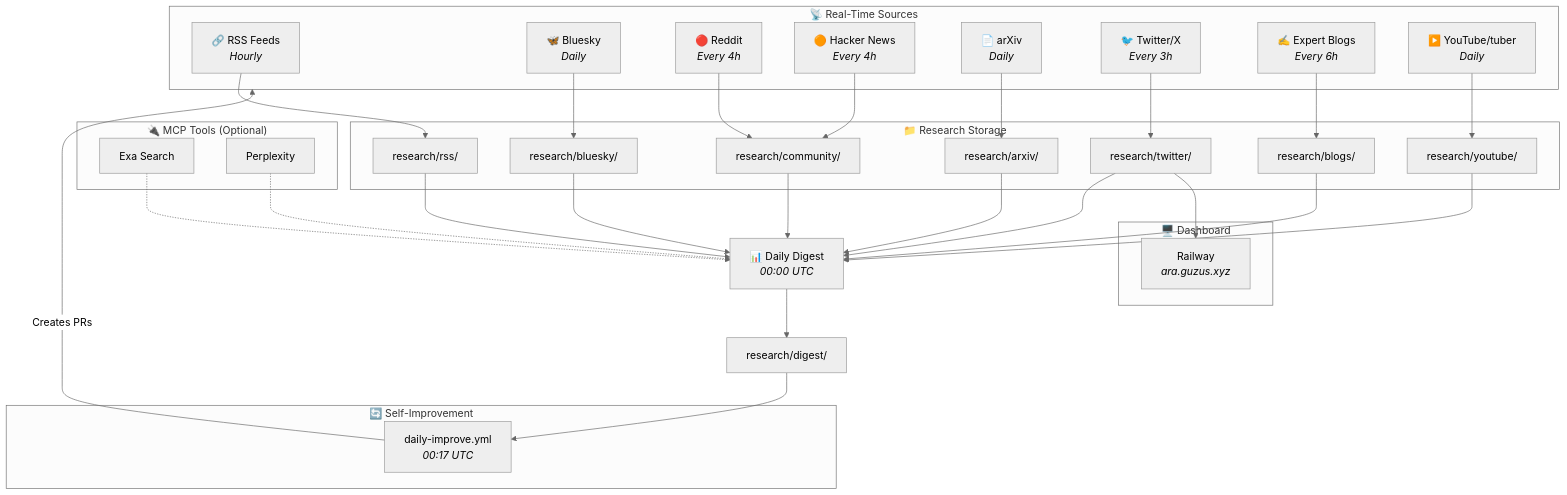
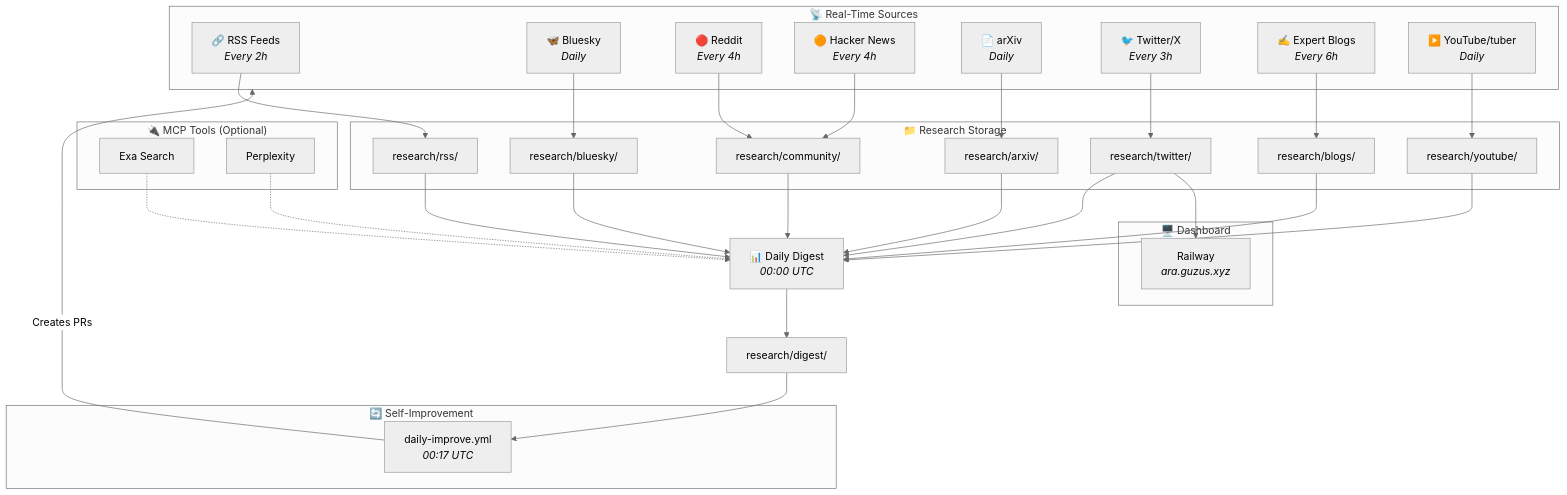
Before and after one commit to guzus/ai-research-arm: the first of 2 diagrams in README.md, drawn with Mermaid (neutral theme). The commit also changed other lines of this file and 6 other files, not shown here.

````diff
--- a/README.md
+++ b/README.md
@@ -44,64 +44,64 @@
 ```mermaid
 flowchart TB
     subgraph sources["📡 Real-Time Sources"]
-        RSS["🔗 RSS Feeds<br/><i>Hourly</i>"]
+        RSS["🔗 RSS Feeds<br/><i>Every 2h</i>"]
         Bluesky["🦋 Bluesky<br/><i>Daily</i>"]
         Reddit["🔴 Reddit<br/><i>Every 4h</i>"]
         HN["🟠 Hacker News<br/><i>Every 4h</i>"]
         arXiv["📄 arXiv<br/><i>Daily</i>"]
         Twitter["🐦 Twitter/X<br/><i>Every 3h</i>"]
         Blogs["✍️ Expert Blogs<br/><i>Every 6h</i>"]
         YouTube["▶️ YouTube/tuber<br/><i>Daily</i>"]
     end
 
     subgraph mcp["🔌 MCP Tools (Optional)"]
         Exa["Exa Search"]
         Perplexity["Perplexity"]
     end
 
     subgraph storage["📁 Research Storage"]
         rss_out["research/rss/"]
         bluesky_out["research/bluesky/"]
         community_out["research/community/"]
         arxiv_out["research/arxiv/"]
         twitter_out["research/twitter/"]
         blogs_out["research/blogs/"]
         youtube_out["research/youtube/"]
     end
 
     RSS --> rss_out
     Bluesky --> bluesky_out
     Reddit --> community_out
     HN --> community_out
     arXiv --> arxiv_out
     Twitter --> twitter_out
     Blogs --> blogs_out
     YouTube --> youtube_out
 
     rss_out --> Digest
     bluesky_out --> Digest
     community_out --> Digest
     arxiv_out --> Digest
     twitter_out --> Digest
     blogs_out --> Digest
     youtube_out --> Digest
 
     Exa -.-> Digest
     Perplexity -.-> Digest
 
     Digest["📊 Daily Digest<br/><i>00:00 UTC</i>"]
     Digest --> digest_out["research/digest/"]
 
     subgraph improve["🔄 Self-Improvement"]
         Improve["daily-improve.yml<br/><i>00:17 UTC</i>"]
     end
 
     digest_out --> Improve
     Improve -->|"Creates PRs"| sources
 
     subgraph dashboard["🖥️ Dashboard"]
         Railway["Railway<br/><i>ara.guzus.xyz</i>"]
     end
 
     twitter_out --> Railway
 ```
````
